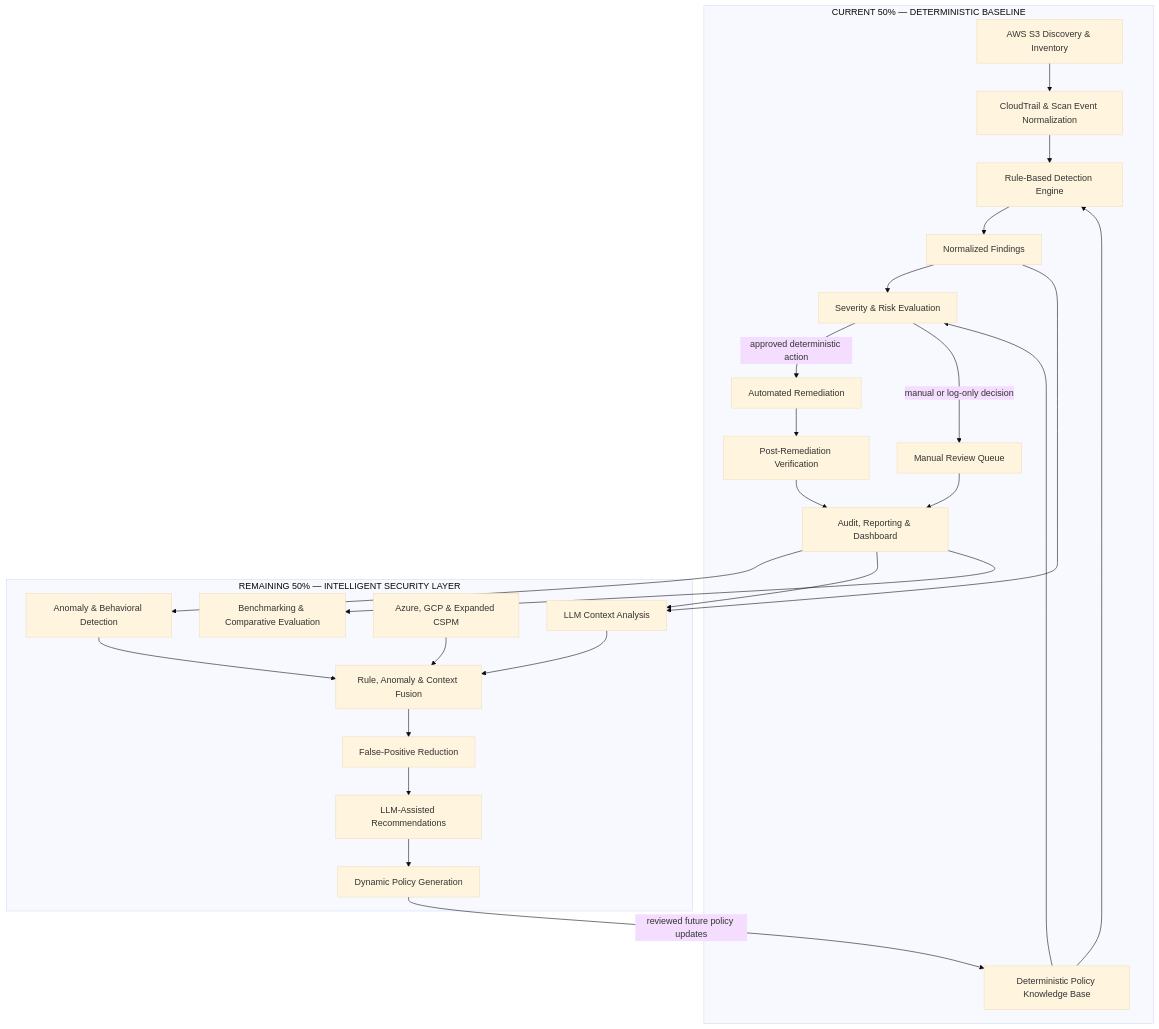
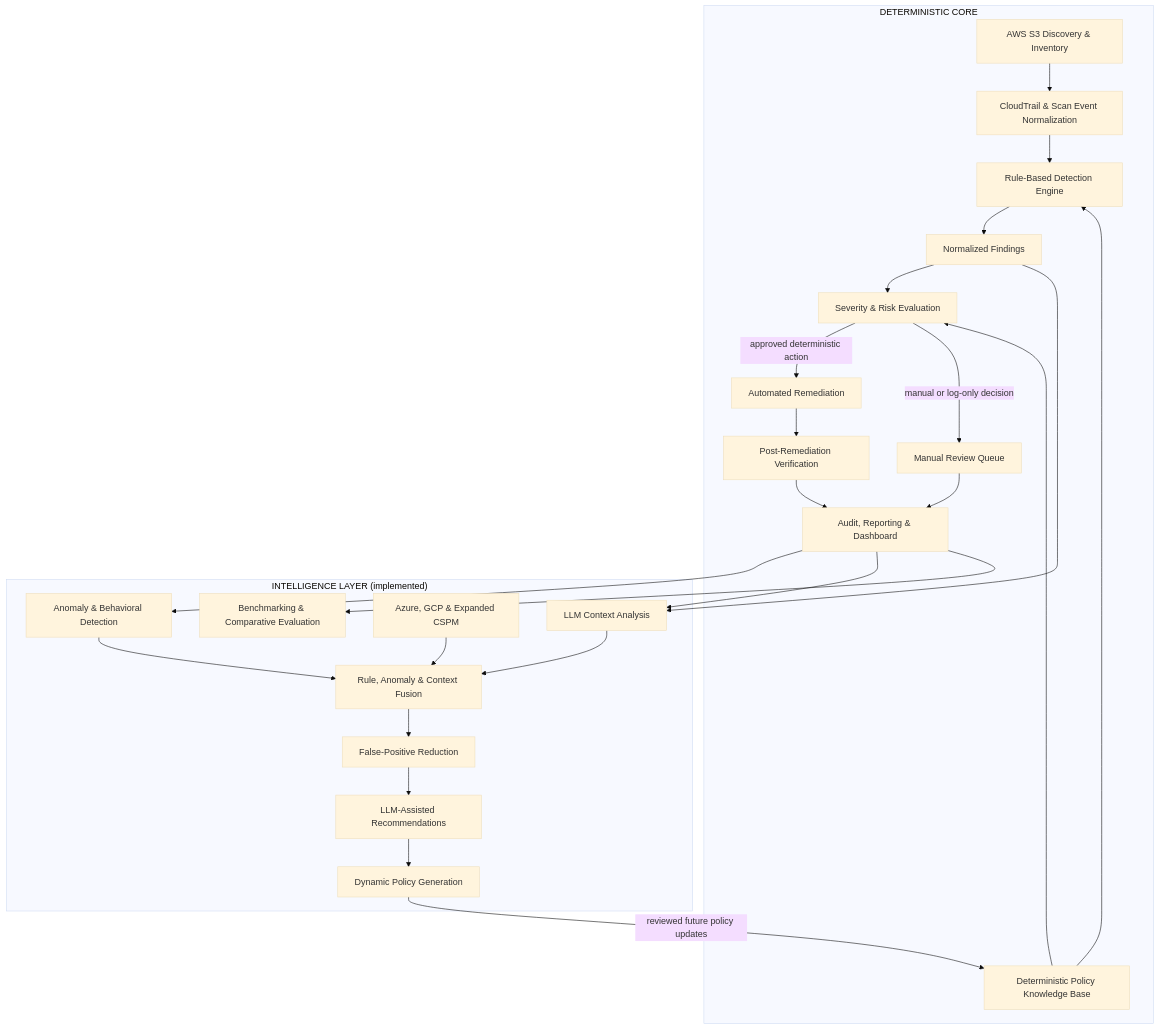
Before and after one commit to Sparshagrawal07/ASPARe: the second of 2 diagrams in docs/architecture/overview.md, drawn with Mermaid (base theme). The commit also changed other lines of this file and 55 other files, not shown here.

First line of the commit message:
Add intelligence layer, LLM analysis, policy generation and Azure/GCS support

````diff
--- a/docs/architecture/overview.md
+++ b/docs/architecture/overview.md
@@ -51,47 +51,47 @@
 ```mermaid
 flowchart TB
-    subgraph phase1["CURRENT 50% — DETERMINISTIC BASELINE"]
+    subgraph phase1["DETERMINISTIC CORE"]
         Discovery["AWS S3 Discovery & Inventory"]
         Normalize["CloudTrail & Scan Event Normalization"]
         PolicyKB["Deterministic Policy Knowledge Base"]
         Rules["Rule-Based Detection Engine"]
         Findings["Normalized Findings"]
         Risk["Severity & Risk Evaluation"]
         Remediate["Automated Remediation"]
         ManualReview["Manual Review Queue"]
         Verify["Post-Remediation Verification"]
         Audit["Audit, Reporting & Dashboard"]
         Discovery --> Normalize
         Normalize --> Rules
         PolicyKB --> Rules
         Rules --> Findings
         Findings --> Risk
         PolicyKB --> Risk
         Risk -->|"approved deterministic action"| Remediate
         Risk -->|"manual or log-only decision"| ManualReview
         Remediate --> Verify
         Verify --> Audit
         ManualReview --> Audit
     end
-    subgraph phase2["REMAINING 50% — INTELLIGENT SECURITY LAYER"]
+    subgraph phase2["INTELLIGENCE LAYER (implemented)"]
         Anomaly["Anomaly & Behavioral Detection"]
         LLM["LLM Context Analysis"]
         Fusion["Rule, Anomaly & Context Fusion"]
         FalsePositive["False-Positive Reduction"]
         Recommendations["LLM-Assisted Recommendations"]
         PolicyGeneration["Dynamic Policy Generation"]
         MultiCloud["Azure, GCP & Expanded CSPM"]
         Research["Benchmarking & Comparative Evaluation"]
     end
     Audit --> Anomaly
     Audit --> LLM
     Findings --> LLM
     Anomaly --> Fusion
     LLM --> Fusion
     Fusion --> FalsePositive
     FalsePositive --> Recommendations
     Recommendations --> PolicyGeneration
     PolicyGeneration -->|"reviewed future policy updates"| PolicyKB
     MultiCloud --> Fusion
     Audit --> Research
 ```
````
